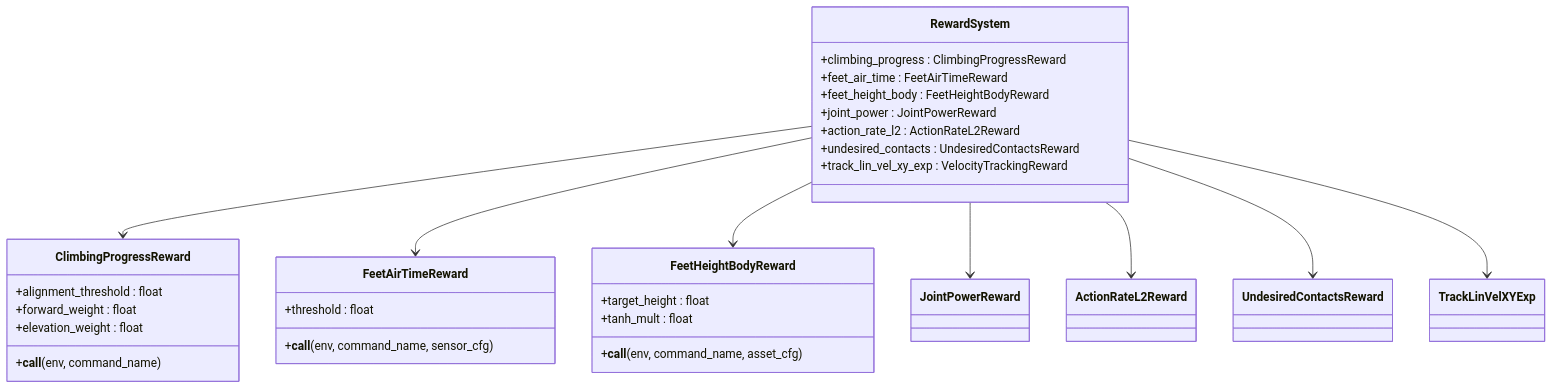
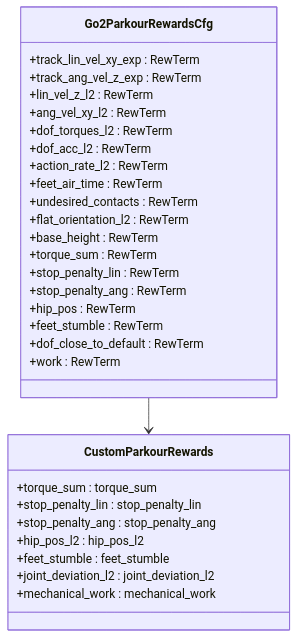
Before and after one commit to jayjayhust/robot_lab: the eighth of 11 diagrams in .qoder/repowiki/en/content/Task Configuration Framework/Velocity-Based Locomotion Tasks/Parkour Navigation System.md, drawn with Mermaid. The commit also changed other lines of this file and 17 other files, not shown here.

````diff
--- a/.qoder/repowiki/en/content/Task Configuration Framework/Velocity-Based Locomotion Tasks/Parkour Navigation System.md
+++ b/.qoder/repowiki/en/content/Task Configuration Framework/Velocity-Based Locomotion Tasks/Parkour Navigation System.md
@@ -240,34 +399,33 @@
 ```mermaid
 classDiagram
-class RewardSystem {
-+climbing_progress : ClimbingProgressReward
-+feet_air_time : FeetAirTimeReward
-+feet_height_body : FeetHeightBodyReward
-+joint_power : JointPowerReward
-+action_rate_l2 : ActionRateL2Reward
-+undesired_contacts : UndesiredContactsReward
-+track_lin_vel_xy_exp : VelocityTrackingReward
+class Go2ParkourRewardsCfg {
++track_lin_vel_xy_exp : RewTerm
++track_ang_vel_z_exp : RewTerm
++lin_vel_z_l2 : RewTerm
++ang_vel_xy_l2 : RewTerm
++dof_torques_l2 : RewTerm
++dof_acc_l2 : RewTerm
++action_rate_l2 : RewTerm
++feet_air_time : RewTerm
++undesired_contacts : RewTerm
++flat_orientation_l2 : RewTerm
++base_height : RewTerm
++torque_sum : RewTerm
++stop_penalty_lin : RewTerm
++stop_penalty_ang : RewTerm
++hip_pos : RewTerm
++feet_stumble : RewTerm
++dof_close_to_default : RewTerm
++work : RewTerm
 }
-class ClimbingProgressReward {
-+alignment_threshold : float
-+forward_weight : float
-+elevation_weight : float
-+__call__(env, command_name)
+class CustomParkourRewards {
++torque_sum : torque_sum
++stop_penalty_lin : stop_penalty_lin
++stop_penalty_ang : stop_penalty_ang
++hip_pos_l2 : hip_pos_l2
++feet_stumble : feet_stumble
++joint_deviation_l2 : joint_deviation_l2
++mechanical_work : mechanical_work
 }
-class FeetAirTimeReward {
-+threshold : float
-+__call__(env, command_name, sensor_cfg)
-}
-class FeetHeightBodyReward {
-+target_height : float
-+tanh_mult : float
-+__call__(env, command_name, asset_cfg)
-}
-RewardSystem --> ClimbingProgressReward
-RewardSystem --> FeetAirTimeReward
-RewardSystem --> FeetHeightBodyReward
-RewardSystem --> JointPowerReward
-RewardSystem --> ActionRateL2Reward
-RewardSystem --> UndesiredContactsReward
-RewardSystem --> TrackLinVelXYExp
+Go2ParkourRewardsCfg --> CustomParkourRewards
 ```
````
